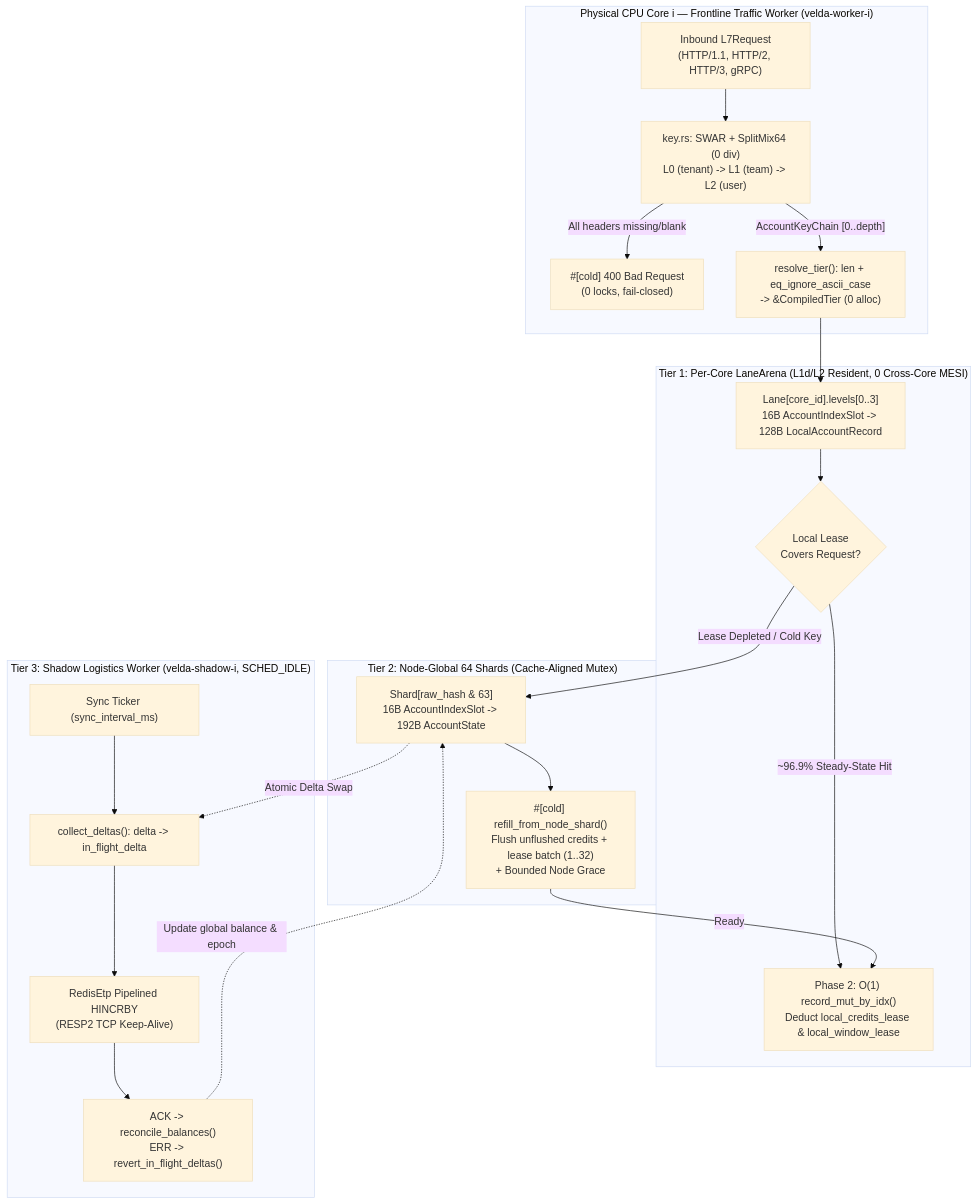
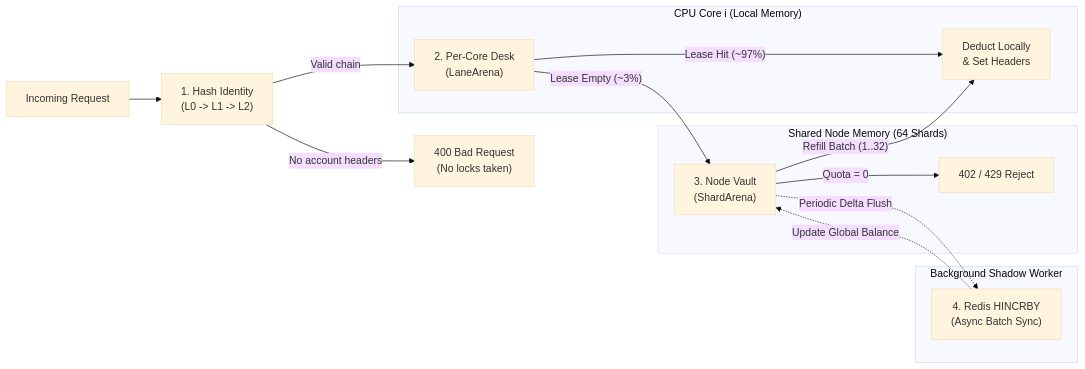
One commit to phucle996/velda-edge changed the first of 3 diagrams in crates/velda-plugin/src/pre_upstream/api_metering/ARCHITECTURE.md. Above: the diagram before and after it, drawn with Mermaid (base theme). The commit also changed other lines of this file and 2 other files, not shown here.

Commit message:
docs(api_metering): rewrite human-readable docs and apply velda-benchmark framework

````diff
--- a/crates/velda-plugin/src/pre_upstream/api_metering/ARCHITECTURE.md
+++ b/crates/velda-plugin/src/pre_upstream/api_metering/ARCHITECTURE.md
@@ -11,45 +15,25 @@
 ```mermaid
-flowchart TD
-    subgraph Core["Physical CPU Core i — Frontline Traffic Worker (velda-worker-i)"]
-        REQ["Inbound L7Request\n(HTTP/1.1, HTTP/2, HTTP/3, gRPC)"]
-        KEYS["key.rs: SWAR + SplitMix64 (0 div)\nL0 (tenant) -> L1 (team) -> L2 (user)"]
-        FAIL400["#[cold] 400 Bad Request\n(0 locks, fail-closed)"]
-        TIER["resolve_tier(): len + eq_ignore_ascii_case\n-> &CompiledTier (0 alloc)"]
+flowchart LR
+    REQ["Incoming Request"] --> KEY["1. Hash Identity\n(L0 -> L1 -> L2)"]
+    KEY -->|"No account headers"| R400["400 Bad Request\n(No locks taken)"]
+    KEY -->|"Valid chain"| DESK
 
-        REQ --> KEYS
-        KEYS -->|"All headers missing/blank"| FAIL400
-        KEYS -->|"AccountKeyChain [0..depth]"| TIER
+    subgraph Core["CPU Core i (Local Memory)"]
+        DESK["2. Per-Core Desk\n(LaneArena)"]
+        COMMIT["Deduct Locally\n& Set Headers"]
+        DESK -->|"Lease Hit (~97%)"| COMMIT
     end
 
-    subgraph LocalTier["Tier 1: Per-Core LaneArena (L1d/L2 Resident, 0 Cross-Core MESI)"]
-        LANE["Lane[core_id].levels[0..3]\n16B AccountIndexSlot -> 128B LocalAccountRecord"]
-        HIT{"Local Lease\nCovers Request?"}
-        COMMIT["Phase 2: O(1) record_mut_by_idx()\nDeduct local_credits_lease & local_window_lease"]
-
-        TIER --> LANE
-        LANE --> HIT
-        HIT -->|"~96.9% Steady-State Hit"| COMMIT
+    subgraph Node["Shared Node Memory (64 Shards)"]
+        VAULT["3. Node Vault\n(ShardArena)"]
+        DESK -->|"Lease Empty (~3%)"| VAULT
+        VAULT -->|"Refill Batch (1..32)"| COMMIT
+        VAULT -->|"Quota = 0"| R402["402 / 429 Reject"]
     end
 
-    subgraph NodeTier["Tier 2: Node-Global 64 Shards (Cache-Aligned Mutex)"]
-        SHARD["Shard[raw_hash & 63]\n16B AccountIndexSlot -> 192B AccountState"]
-        REFILL["#[cold] refill_from_node_shard()\nFlush unflushed credits + lease batch (1..32)\n+ Bounded Node Grace"]
-
-        HIT -->|"Lease Depleted / Cold Key"| SHARD
-        SHARD --> REFILL
-        REFILL -->|"Ready"| COMMIT
-    end
-
-    subgraph ShadowTier["Tier 3: Shadow Logistics Worker (velda-shadow-i, SCHED_IDLE)"]
-        TICK["Sync Ticker (sync_interval_ms)"]
-        COLLECT["collect_deltas(): delta -> in_flight_delta"]
-        REDIS["RedisEtp Pipelined HINCRBY\n(RESP2 TCP Keep-Alive)"]
-        RECON["ACK -> reconcile_balances()\nERR -> revert_in_flight_deltas()"]
-
-        TICK --> COLLECT
-        SHARD -.->|"Atomic Delta Swap"| COLLECT
-        COLLECT --> REDIS
-        REDIS --> RECON
-        RECON -.->|"Update global balance & epoch"| SHARD
+    subgraph Bg["Background Shadow Worker"]
+        REDIS["4. Redis HINCRBY\n(Async Batch Sync)"]
+        VAULT -.->|"Periodic Delta Flush"| REDIS
+        REDIS -.->|"Update Global Balance"| VAULT
     end
 ```
````
